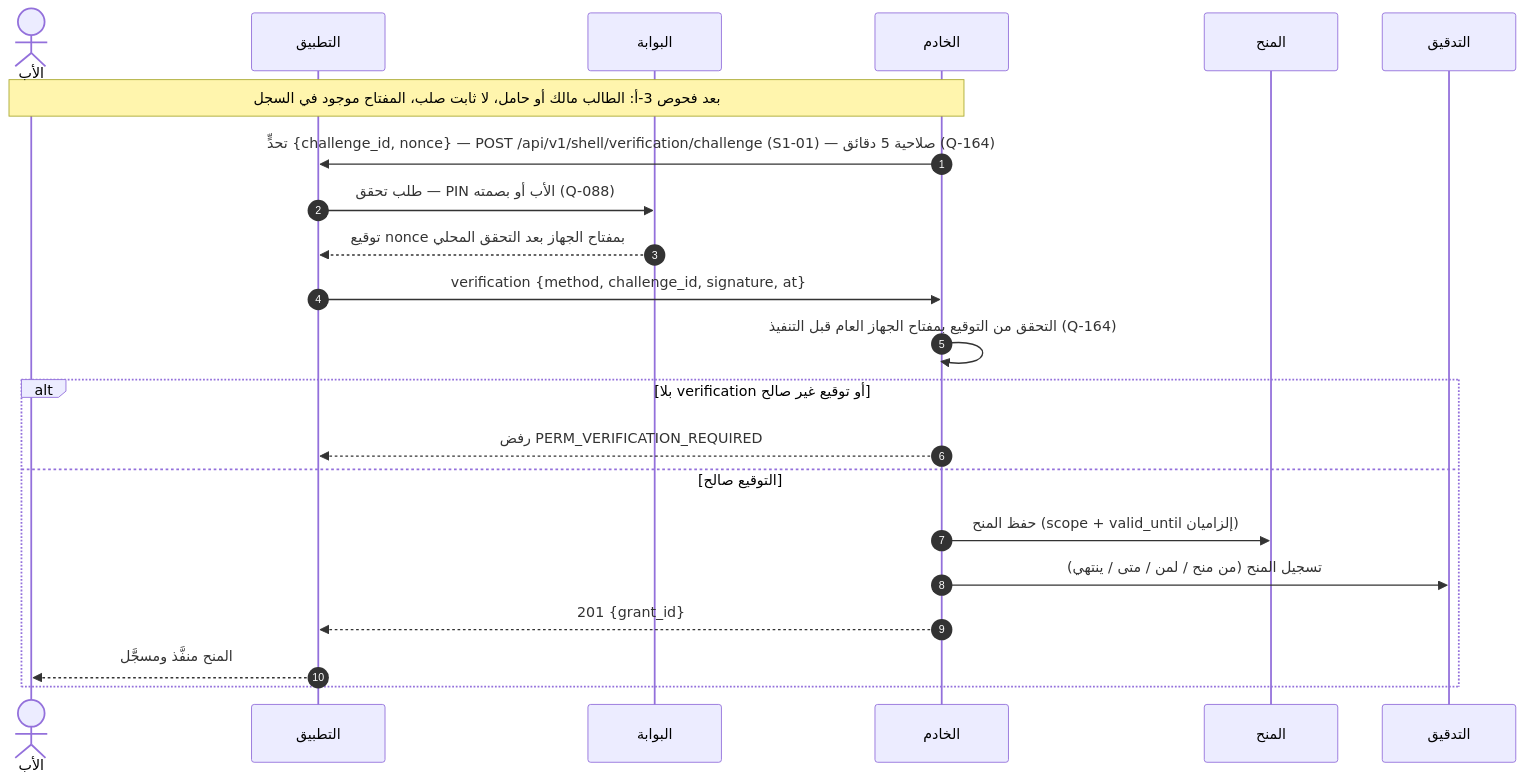
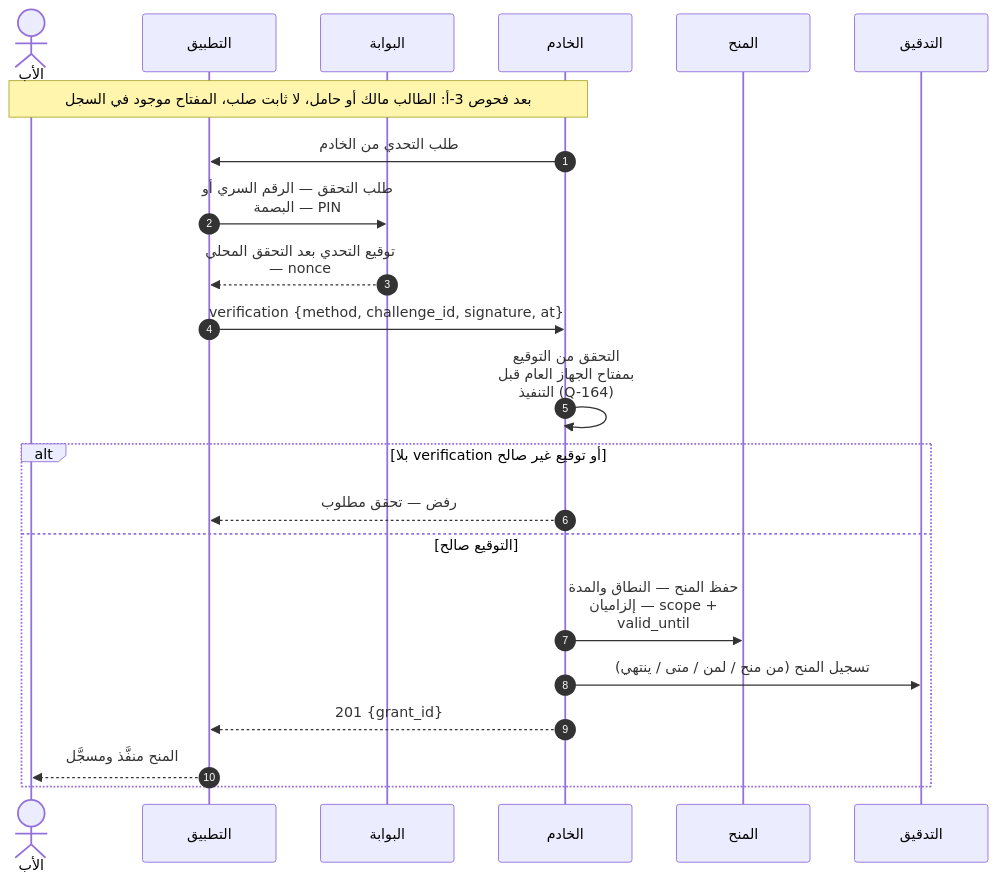
Diagram 18 of 39 in docs/family-os/governance/phases/phase-1/S1-03-family-roles-and-permissions/DIAGRAMS.md (Bassam-mohammed-alqaeadi/family-os-v2), drawn with Mermaid before and after one commit. The commit also changed other lines of this file, not shown here.

````diff
--- a/docs/family-os/governance/phases/phase-1/S1-03-family-roles-and-permissions/DIAGRAMS.md
+++ b/docs/family-os/governance/phases/phase-1/S1-03-family-roles-and-permissions/DIAGRAMS.md
@@ -717,24 +802,25 @@
 ```mermaid
+%%{init: {"sequence": {"wrap": true}}}%%
 sequenceDiagram
     autonumber
     actor Father as الأب
     participant App as التطبيق
     participant S101 as البوابة
     participant Ktor as الخادم
     participant Grants as المنح
     participant Audit as التدقيق
     Note over Father,Ktor: بعد فحوص 3-أ: الطالب مالك أو حامل، لا ثابت صلب، المفتاح موجود في السجل
-    Ktor->>App: تحدٍّ {challenge_id, nonce} — POST /api/v1/shell/verification/challenge (S1-01) — صلاحية 5 دقائق (Q-164)
-    App->>S101: طلب تحقق — PIN الأب أو بصمته (Q-088)
-    S101-->>App: توقيع nonce بمفتاح الجهاز بعد التحقق المحلي
+    Ktor->>App: طلب التحدي من الخادم
+    App->>S101: طلب التحقق — الرقم السري أو البصمة — PIN
+    S101-->>App: توقيع التحدي بعد التحقق المحلي — nonce
     App->>Ktor: verification {method, challenge_id, signature, at}
     Ktor->>Ktor: التحقق من التوقيع بمفتاح الجهاز العام قبل التنفيذ (Q-164)
     alt بلا verification أو توقيع غير صالح
-        Ktor-->>App: رفض PERM_VERIFICATION_REQUIRED
+        Ktor-->>App: رفض — تحقق مطلوب
     else التوقيع صالح
-        Ktor->>Grants: حفظ المنح (scope + valid_until إلزاميان)
+        Ktor->>Grants: حفظ المنح — النطاق والمدة إلزاميان — scope + valid_until
         Ktor->>Audit: تسجيل المنح (من منح / لمن / متى / ينتهي)
         Ktor-->>App: 201 {grant_id}
         App-->>Father: المنح منفَّذ ومسجَّل
     end
 ```
````
